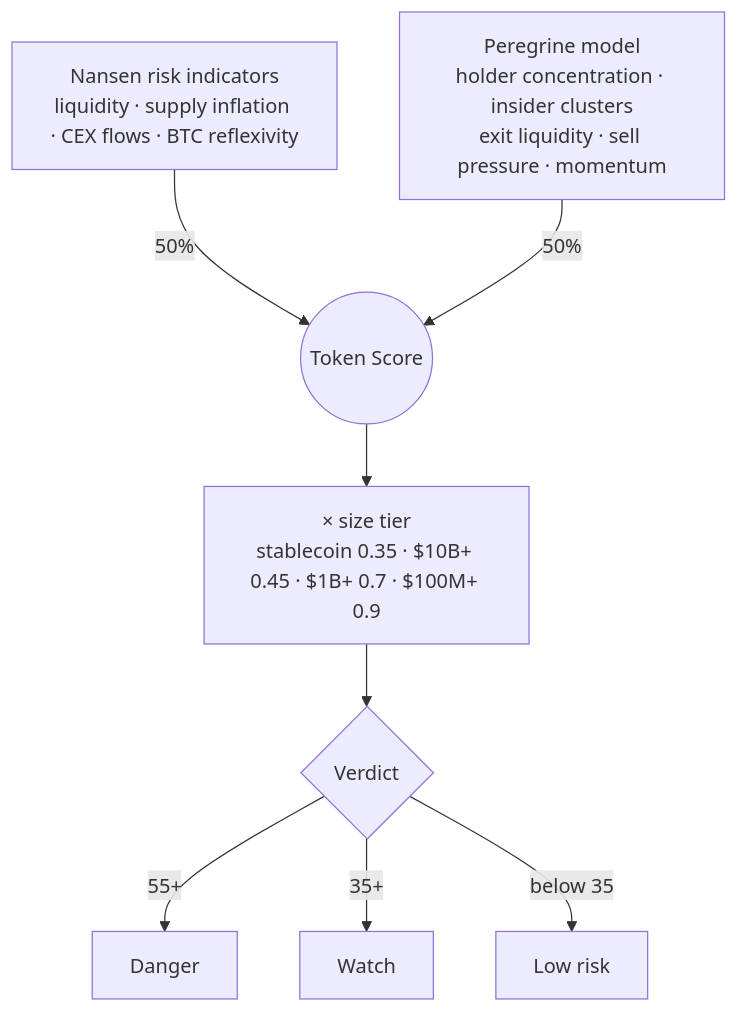
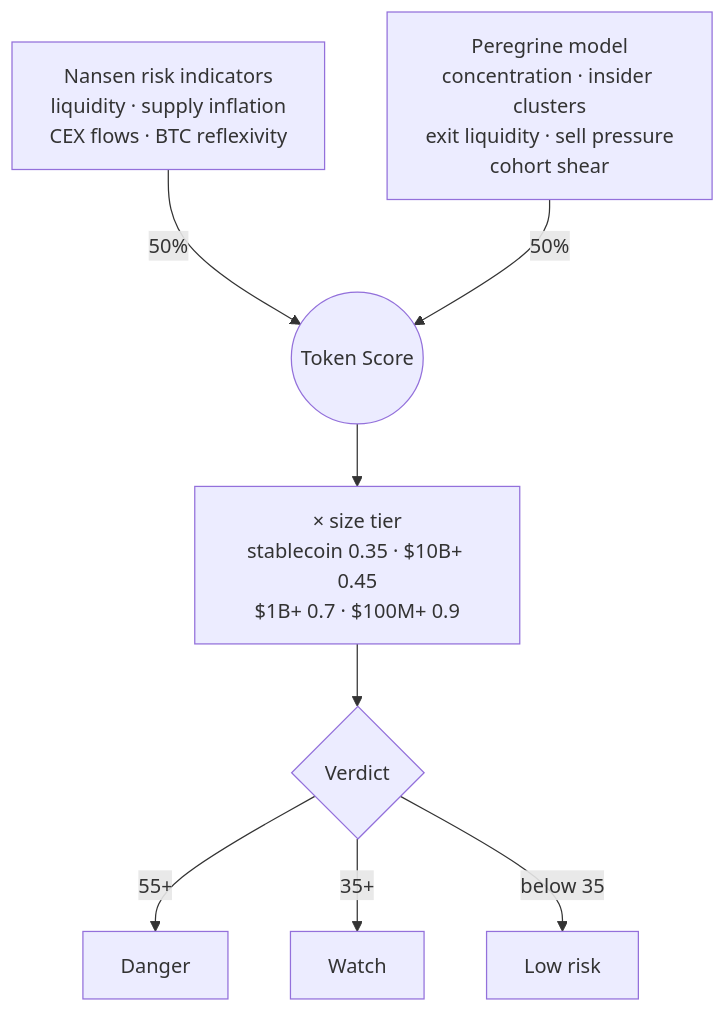
The second of 5 diagrams in README.md (ghostCODERWEB/peregrine-multichain), drawn with Mermaid before and after one commit. The commit also changed other lines of this file and 65 other files, not shown here.

````diff
--- a/README.md
+++ b/README.md
@@ -120,10 +174,10 @@
 ```mermaid
 flowchart TB
-  N["Nansen risk indicators<br/>liquidity · supply inflation · CEX flows · BTC reflexivity"] -->|50%| S((Token Score))
-  P["Peregrine model<br/>holder concentration · insider clusters<br/>exit liquidity · sell pressure · momentum"] -->|50%| S
-  S --> T["× size tier<br/>stablecoin 0.35 · $10B+ 0.45 · $1B+ 0.7 · $100M+ 0.9"]
+  N["Nansen risk indicators<br/>liquidity · supply inflation<br/>CEX flows · BTC reflexivity"] -->|50%| S((Token Score))
+  P["Peregrine model<br/>concentration · insider clusters<br/>exit liquidity · sell pressure<br/>cohort shear"] -->|50%| S
+  S --> T["× size tier<br/>stablecoin 0.35 · $10B+ 0.45<br/>$1B+ 0.7 · $100M+ 0.9"]
   T --> V{Verdict}
   V -->|55+| D[Danger]
   V -->|35+| W[Watch]
   V -->|below 35| L[Low risk]
 ```
````
